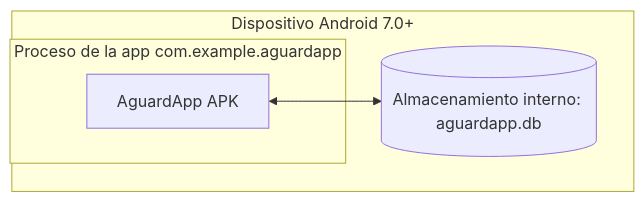
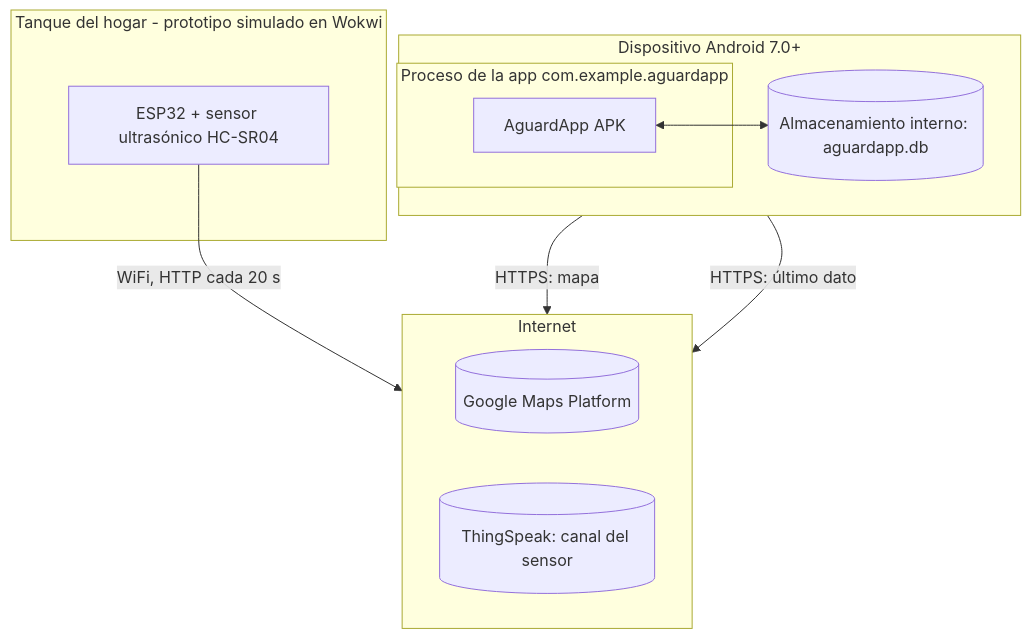
Before and after one commit to Cristhian465/Aguarda: diagram 21 of 21 in informes/FD04-SAD.md, drawn with Mermaid. The commit also changed other lines of this file and 5 other files, not shown here.

````diff
--- a/informes/FD04-SAD.md
+++ b/informes/FD04-SAD.md
@@ -709,10 +864,22 @@
 ```mermaid
 flowchart TB
     subgraph PHONE[Dispositivo Android 7.0+]
+      direction LR
       subgraph PROC[Proceso de la app com.example.aguardapp]
         APP[AguardApp APK]
       end
       DB[(Almacenamiento interno: aguardapp.db)]
       APP <--> DB
     end
+    subgraph TANK[Tanque del hogar - prototipo simulado en Wokwi]
+      ESP[ESP32 + sensor ultrasónico HC-SR04]
+    end
+    subgraph CLOUD[Internet]
+      direction LR
+      GM[(Google Maps Platform)]
+      TS[(ThingSpeak: canal del sensor)]
+    end
+    APP -- HTTPS: mapa --> GM
+    APP -- HTTPS: último dato --> TS
+    ESP -- WiFi, HTTP cada 20 s --> TS
 ```
````
